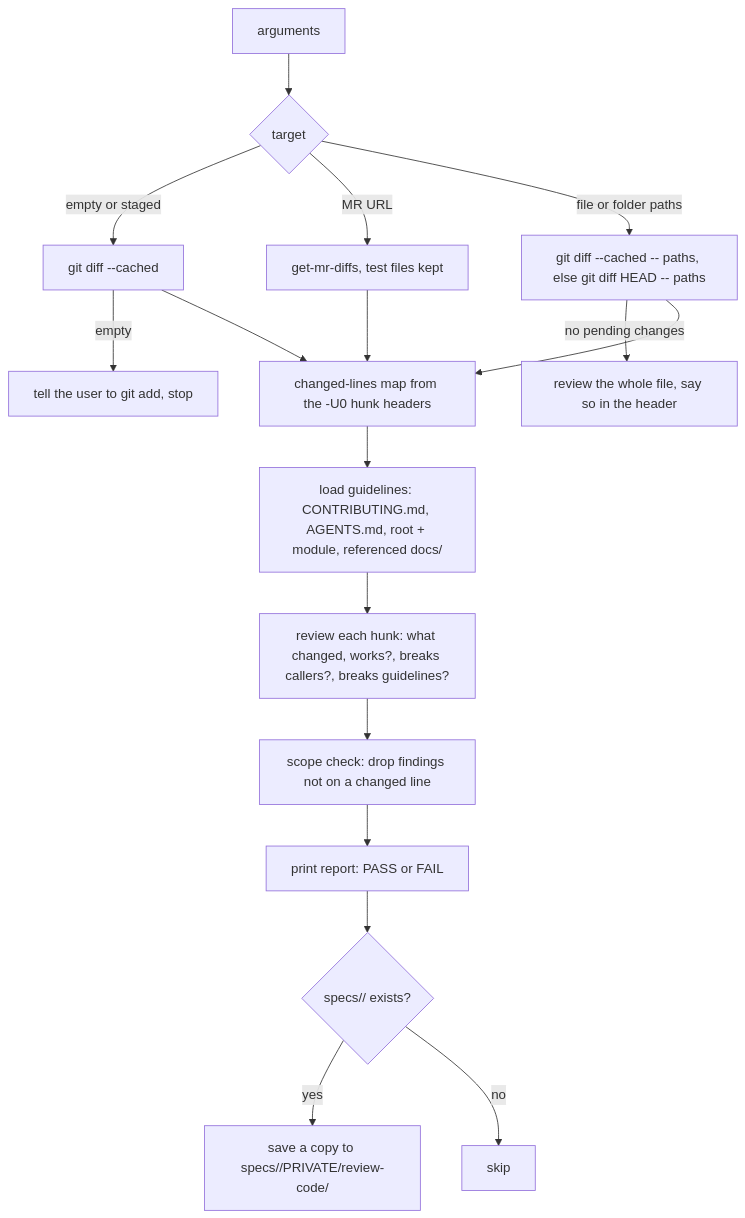
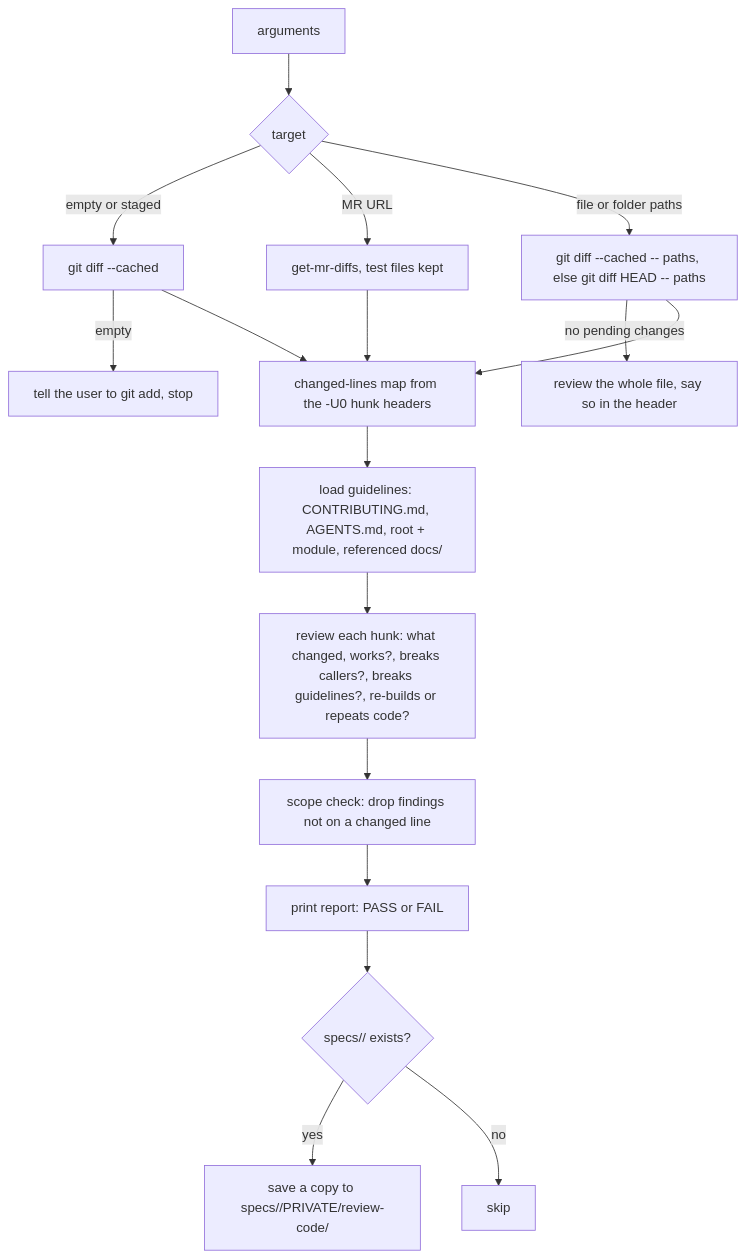
The first of 2 diagrams in plugins/naphatwx-tools/skills/review-code/README.md (naphatwx/naphatwx-tools), drawn with Mermaid before and after one commit. The commit also changed other lines of this file and 7 other files, not shown here.

First line of the commit message:
feat(review-code): add reuse and duplication check

````diff
--- a/plugins/naphatwx-tools/skills/review-code/README.md
+++ b/plugins/naphatwx-tools/skills/review-code/README.md
@@ -23,19 +23,19 @@
 ```mermaid
 graph TD
     A[arguments] --> B{target}
     B -->|empty or staged| S[git diff --cached]
     S -->|empty| X[tell the user to git add, stop]
     B -->|MR URL| M[get-mr-diffs, test files kept]
     B -->|file or folder paths| F["git diff --cached -- paths, else git diff HEAD -- paths"]
     F -->|no pending changes| W[review the whole file, say so in the header]
     S --> C[changed-lines map from the -U0 hunk headers]
     M --> C
     F --> C
     C --> G[load guidelines: CONTRIBUTING.md, AGENTS.md, root + module, referenced docs/]
-    G --> R[review each hunk: what changed, works?, breaks callers?, breaks guidelines?]
+    G --> R[review each hunk: what changed, works?, breaks callers?, breaks guidelines?, re-builds or repeats code?]
     R --> K[scope check: drop findings not on a changed line]
     K --> O[print report: PASS or FAIL]
     O --> P{"specs/<branch>/ exists?"}
     P -->|yes| Q["save a copy to specs/<folder>/PRIVATE/review-code/"]
     P -->|no| N[skip]
 ```
````
